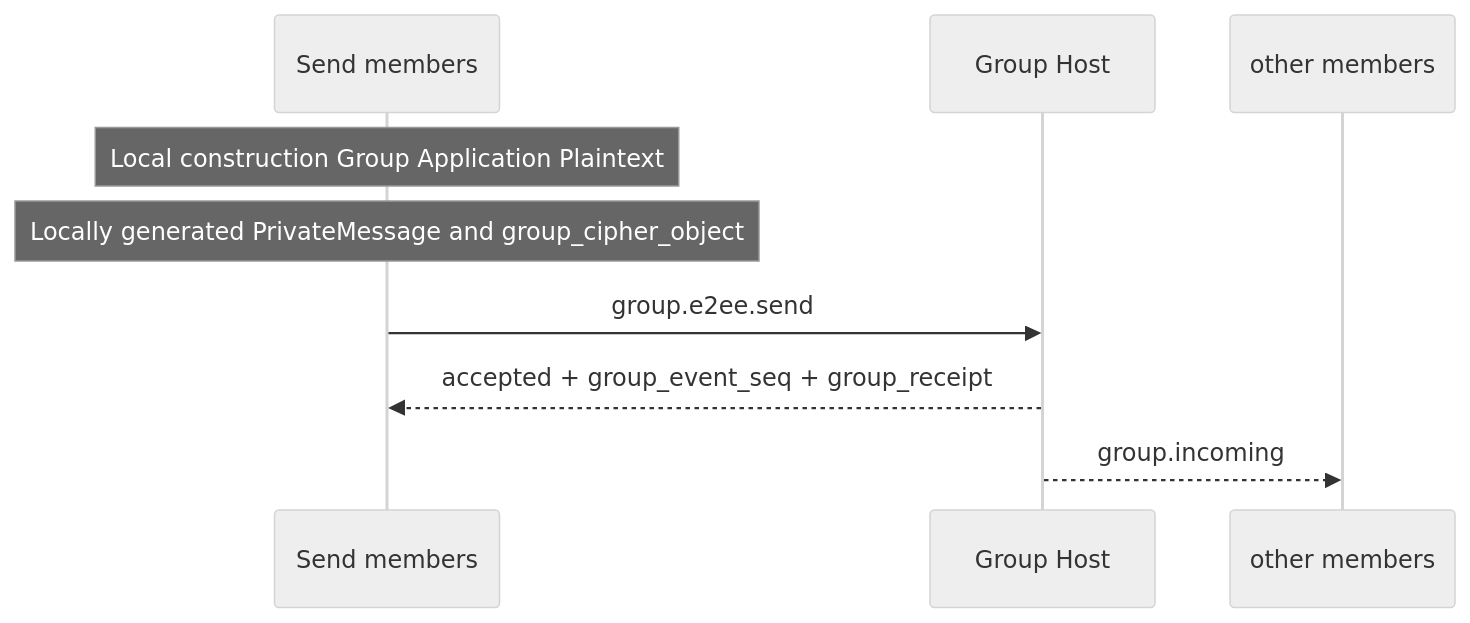
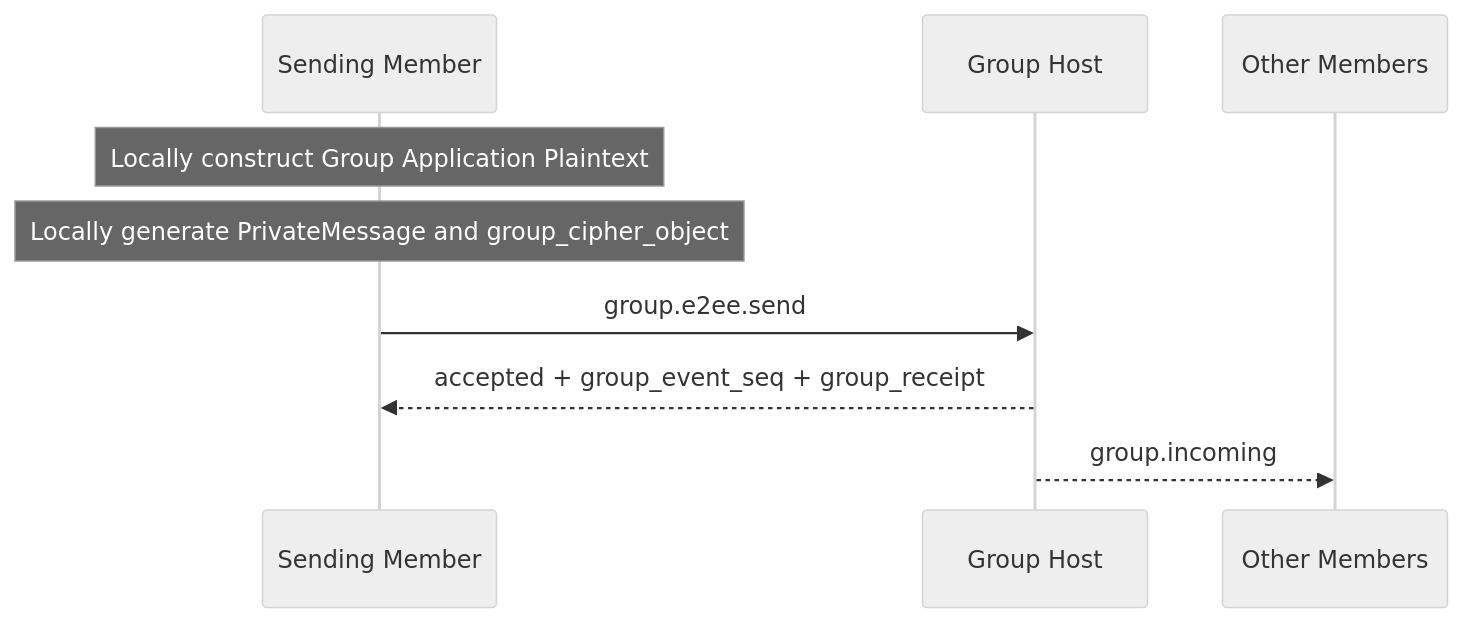
One commit to NeatNerdPrime/AgentNetworkProtocol changed the fifth of 5 diagrams in message/06-group-end-to-end-encryption.md. Above: the diagram before and after it, drawn with Mermaid (neutral theme). The commit also changed other lines of this file and 7 other files, not shown here.

````diff
--- a/message/06-group-end-to-end-encryption.md
+++ b/message/06-group-end-to-end-encryption.md
@@ -1380,12 +1388,12 @@
 ```mermaid
 sequenceDiagram
-    participant S as Send members
+    participant S as Sending Member
     participant H as Group Host
-    participant M as other members
+    participant M as Other Members
 
-    Note over S: Local construction Group Application Plaintext
-    Note over S: Locally generated PrivateMessage and group_cipher_object
+    Note over S: Locally construct Group Application Plaintext
+    Note over S: Locally generate PrivateMessage and group_cipher_object
     S->>H: group.e2ee.send
     H-->>S: accepted + group_event_seq + group_receipt
     H-->>M: group.incoming
 ```
````
